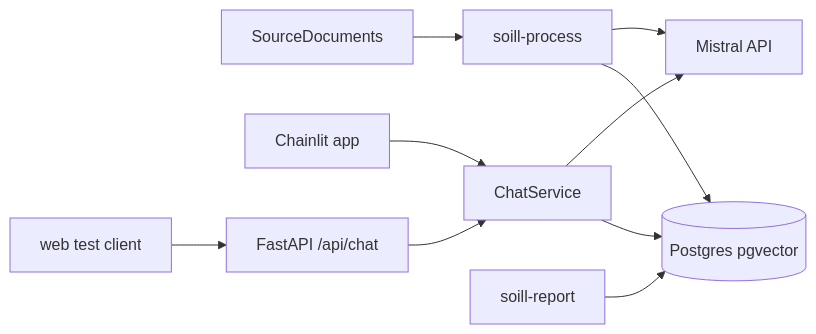
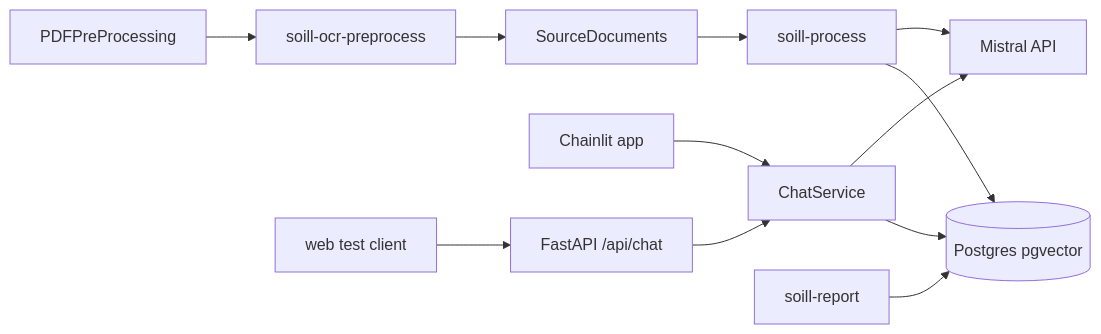
One commit to rendzina/SOILL_Chatbot changed the diagram in README.md. Above: the diagram before and after it, drawn with Mermaid. The commit also changed other lines of this file and 16 other files, not shown here.

First line of the commit message:
Enhance OCR pre-processing support and update documentation

````diff
--- a/README.md
+++ b/README.md
@@ -162,12 +170,14 @@
 ```mermaid
 flowchart LR
-  SD[SourceDocuments] --> PF[soill-process]
+  scans[PDFPreProcessing] --> OCR[soill-ocr-preprocess]
+  OCR --> SD[SourceDocuments]
+  SD --> PF[soill-process]
   PF --> PG[(Postgres pgvector)]
   CL[Chainlit app] --> CS[ChatService]
   API[FastAPI /api/chat] --> CS
   CS --> PG
   CS --> Mistral[Mistral API]
   PF --> Mistral
   RP[soill-report] --> PG
   WEB[web test client] --> API
 ```
````
